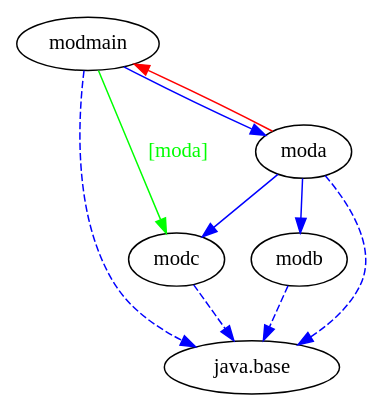
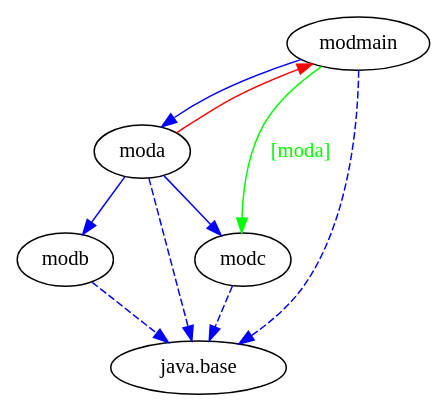
One commit to accso/java9-jigsaw-examples changed the diagram in jigsaw-examples/example_requires_exports_requires-public_exports-to/moduledependencies.dot. Above: the diagram before and after it, drawn with Graphviz. The commit also changed 84 other files, not shown here.

```diff
--- a/jigsaw-examples/example_requires_exports_requires-public_exports-to/moduledependencies.dot
+++ b/jigsaw-examples/example_requires_exports_requires-public_exports-to/moduledependencies.dot
@@ -1,17 +1,17 @@
-# Created by depvis.JigsawDepVisualizer on Wed Sep 28 19:08:35 CEST 2016
+# Created by depvis.JigsawDepVisualizer on Sun Nov 20 16:42:04 CET 2016
 digraph Java9_Dependency_Visualizer {
-modb[fontname="Consolas",shape="ellipse",label="modb"];
+modmain[fontname="Consolas",shape="ellipse",label="modmain"];
+moda[fontname="Consolas",shape="ellipse",label="moda"];
 java_base[fontname="Consolas",shape="ellipse",label="java.base"];
 modc[fontname="Consolas",shape="ellipse",label="modc"];
-modmain[fontname="Consolas",shape="ellipse",label="modmain"];
-moda[fontname="Consolas",shape="ellipse",label="moda"];
-modb -> java_base[color="#0000ff",fontname="Consolas",fontcolor="#0000ff",style="dashed",weight="16"]
-modc -> java_base[color="#0000ff",fontname="Consolas",fontcolor="#0000ff",style="dashed",weight="16"]
+modb[fontname="Consolas",shape="ellipse",label="modb"];
 modmain -> moda[color="#0000ff",fontname="Consolas",fontcolor="#0000ff",weight="8"]
 modmain -> java_base[color="#0000ff",fontname="Consolas",fontcolor="#0000ff",style="dashed",weight="16"]
 modmain -> modc[color="#00ff00",fontname="Consolas",fontcolor="#00ff00",weight="4",label="[moda]"]
+modc -> java_base[color="#0000ff",fontname="Consolas",fontcolor="#0000ff",style="dashed",weight="16"]
+moda -> modc[color="#0000ff",fontname="Consolas",fontcolor="#0000ff",weight="8"]
 moda -> modb[color="#0000ff",fontname="Consolas",fontcolor="#0000ff",weight="8"]
-moda -> modc[color="#0000ff",fontname="Consolas",fontcolor="#0000ff",weight="8"]
 moda -> java_base[color="#0000ff",fontname="Consolas",fontcolor="#0000ff",style="dashed",weight="16"]
 moda -> modmain[fontname="Consolas",fontcolor="#ff0000",color="#ff0000",weight="2"]
+modb -> java_base[color="#0000ff",fontname="Consolas",fontcolor="#0000ff",style="dashed",weight="16"]
 }
```
